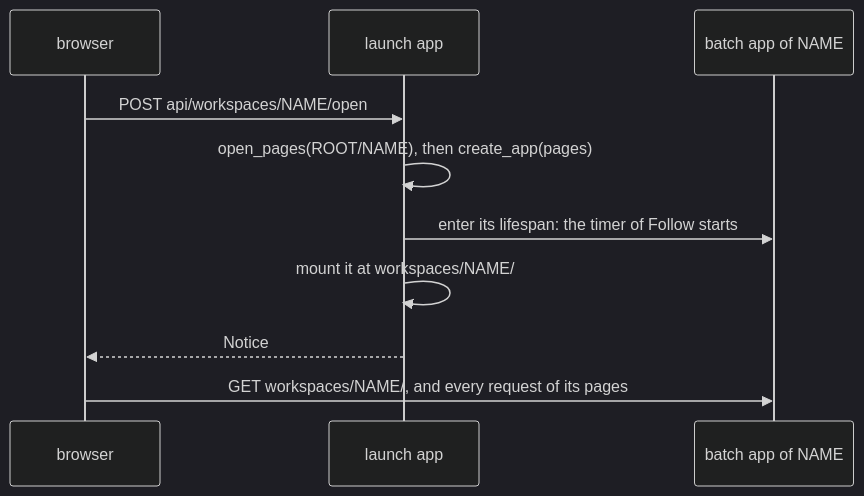
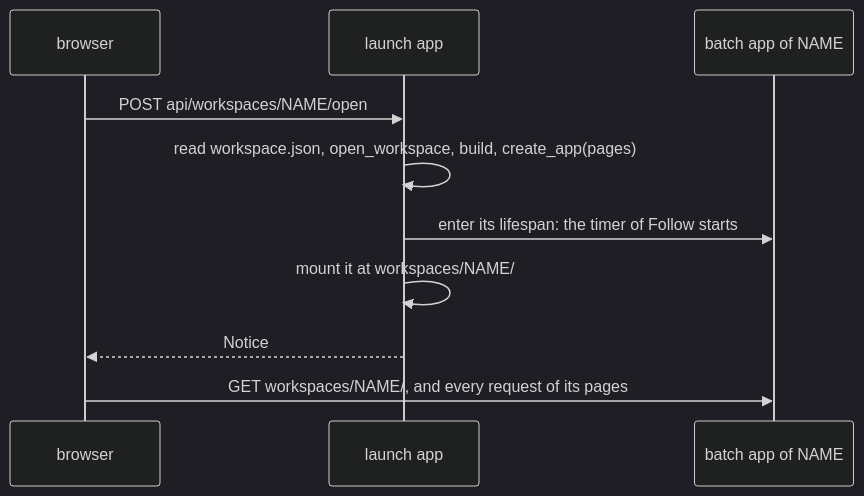
Before and after one commit to scipp/essapps: the third of 3 diagrams in packages/essbatch/src/ess/batch/web/README.md, drawn with Mermaid (dark theme). The commit also changed other lines of this file and 1 other file, not shown here.

First line of the commit message:
Docs: workspace.json is required; close and remove on the launch page

````diff
--- a/packages/essbatch/src/ess/batch/web/README.md
+++ b/packages/essbatch/src/ess/batch/web/README.md
@@ -219,12 +226,12 @@
 ```mermaid
 sequenceDiagram
     participant browser
     participant launch as launch app
     participant batch as batch app of NAME
     browser->>launch: POST api/workspaces/NAME/open
-    launch->>launch: open_pages(ROOT/NAME), then create_app(pages)
+    launch->>launch: read workspace.json, open_workspace, build, create_app(pages)
     launch->>batch: enter its lifespan: the timer of Follow starts
     launch->>launch: mount it at workspaces/NAME/
     launch-->>browser: Notice
     browser->>batch: GET workspaces/NAME/, and every request of its pages
 ```
````
